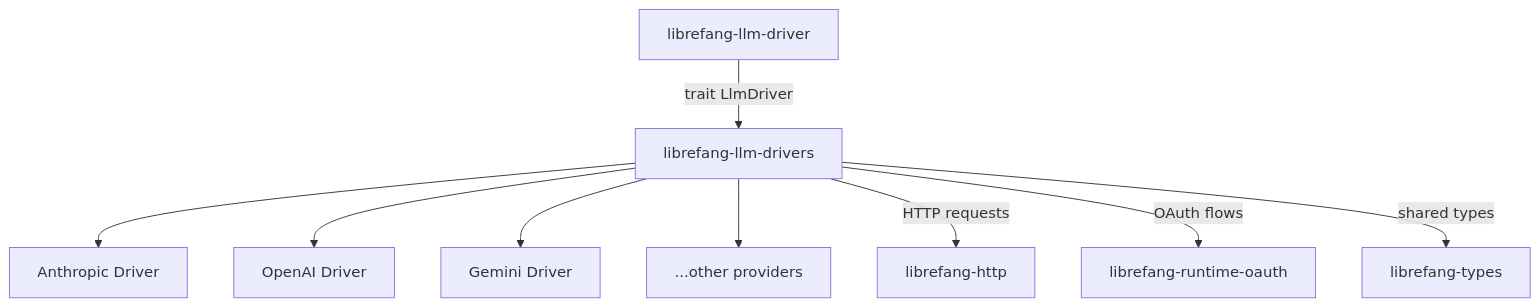
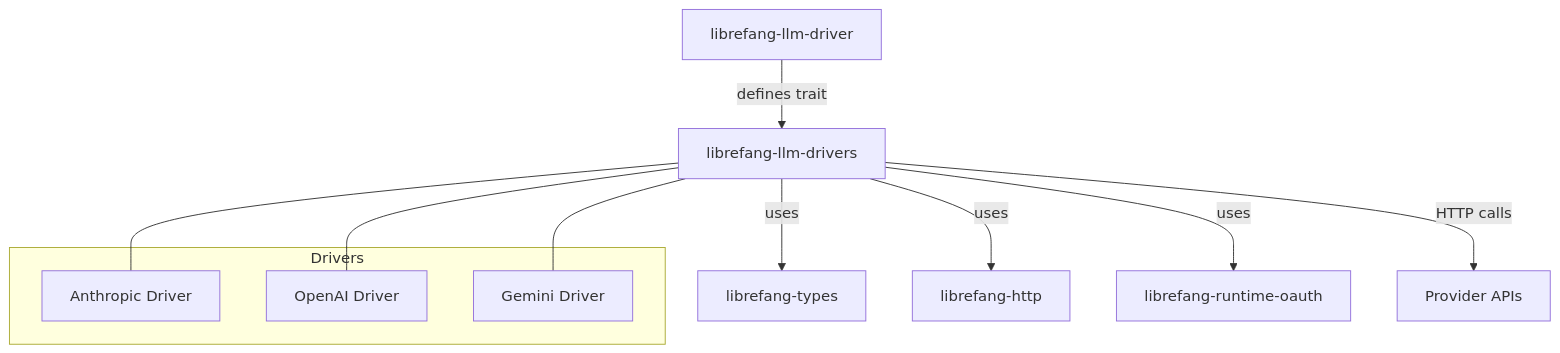
One commit to leszek3737/librefang-WIki changed the diagram in other-librefang-llm-drivers.md. Above: the diagram before and after it, drawn with Mermaid. The commit also changed other lines of this file and 99 other files, not shown here.

````diff
--- a/other-librefang-llm-drivers.md
+++ b/other-librefang-llm-drivers.md
@@ -9,11 +13,18 @@
 ```mermaid
 graph TD
-    A[librefang-llm-driver] -->|trait LlmDriver| B[librefang-llm-drivers]
-    B --> C[Anthropic Driver]
-    B --> D[OpenAI Driver]
-    B --> E[Gemini Driver]
-    B --> F[...other providers]
-    B -->|HTTP requests| G[librefang-http]
-    B -->|OAuth flows| H[librefang-runtime-oauth]
-    B -->|shared types| I[librefang-types]
+    A[librefang-llm-driver] -->|"defines trait"| B[librefang-llm-drivers]
+    B -->|uses| C[librefang-types]
+    B -->|uses| D[librefang-http]
+    B -->|uses| E[librefang-runtime-oauth]
+    B -->|"HTTP calls"| F[Provider APIs]
+    
+    subgraph Drivers
+        G[Anthropic Driver]
+        H[OpenAI Driver]
+        I[Gemini Driver]
+    end
+    
+    B --- G
+    B --- H
+    B --- I
 ```
````
